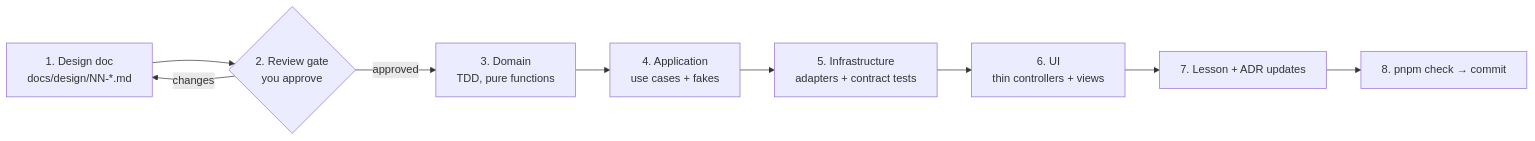
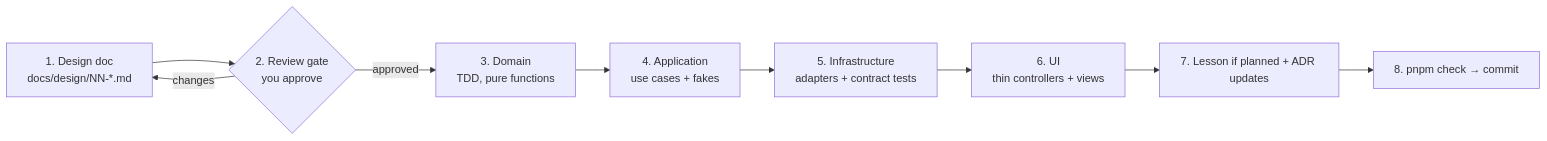
One commit to jstehn/proxy-library changed the diagram in docs/roadmap.md. Above: the diagram before and after it, drawn with Mermaid. The commit also changed other lines of this file and 11 other files, not shown here.

````diff
--- a/docs/roadmap.md
+++ b/docs/roadmap.md
@@ -8,11 +8,11 @@
 ```mermaid
 flowchart LR
   D[1. Design doc<br/>docs/design/NN-*.md] --> R{2. Review gate<br/>you approve}
   R -- changes --> D
   R -- approved --> T[3. Domain<br/>TDD, pure functions]
   T --> A[4. Application<br/>use cases + fakes]
   A --> I[5. Infrastructure<br/>adapters + contract tests]
   I --> U[6. UI<br/>thin controllers + views]
-  U --> L[7. Lesson + ADR updates]
+  U --> L[7. Lesson if planned + ADR updates]
   L --> C[8. pnpm check → commit]
 ```
````
